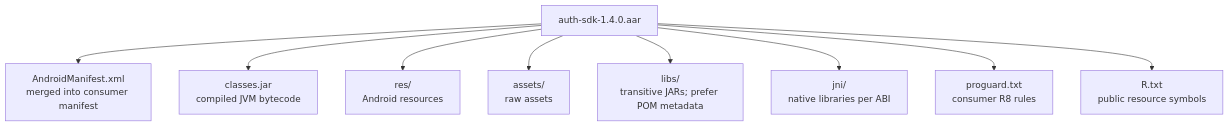
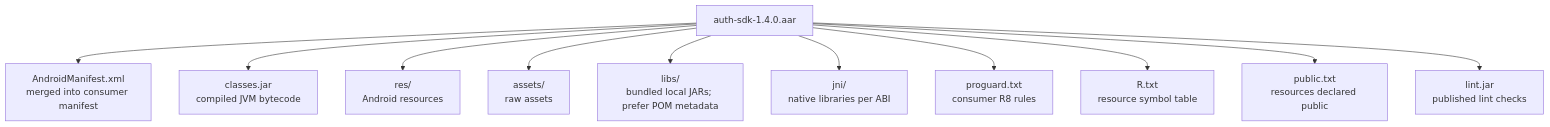
The diagram in platform-engineering/sdk-distribution.md (swarnsingh/android-staff-engineer-playbook-website), drawn with Mermaid before and after one commit. The commit also changed other lines of this file and 142 other files, not shown here.

````diff
--- a/platform-engineering/sdk-distribution.md
+++ b/platform-engineering/sdk-distribution.md
@@ -35,11 +35,13 @@
 ```mermaid
 flowchart TD
     aar["auth-sdk-1.4.0.aar"] --> manifest["AndroidManifest.xml<br/>merged into consumer manifest"]
     aar --> classes["classes.jar<br/>compiled JVM bytecode"]
     aar --> resources["res/<br/>Android resources"]
     aar --> assets["assets/<br/>raw assets"]
-    aar --> libs["libs/<br/>transitive JARs; prefer POM metadata"]
+    aar --> libs["libs/<br/>bundled local JARs; prefer POM metadata"]
     aar --> native["jni/<br/>native libraries per ABI"]
     aar --> proguard["proguard.txt<br/>consumer R8 rules"]
-    aar --> symbols["R.txt<br/>public resource symbols"]
+    aar --> symbols["R.txt<br/>resource symbol table"]
+    aar --> publicres["public.txt<br/>resources declared public"]
+    aar --> lint["lint.jar<br/>published lint checks"]
 ```
````
